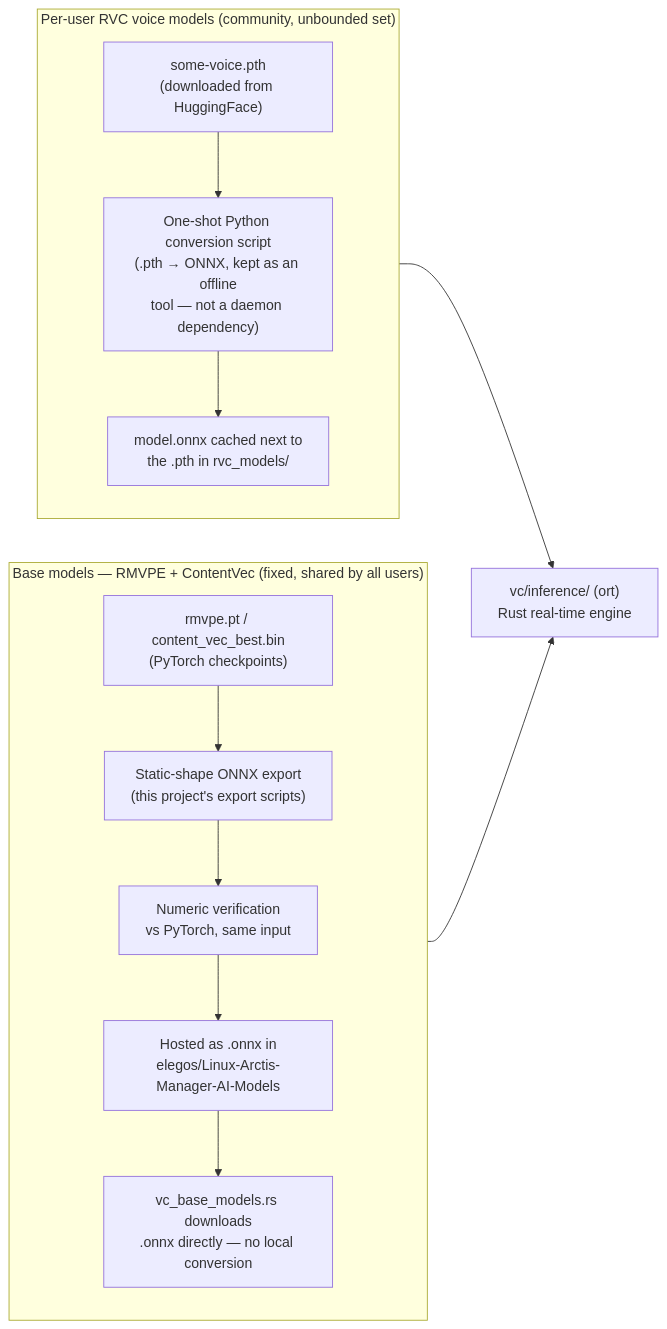
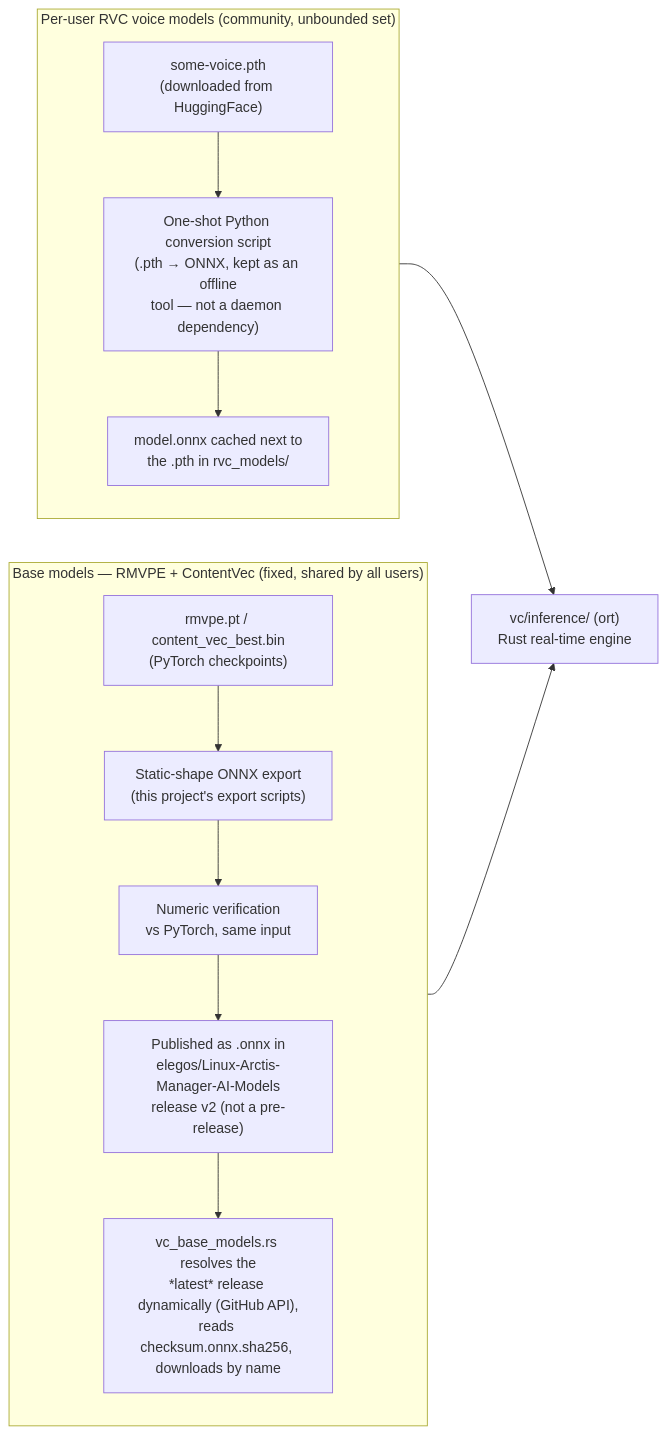
The third of 4 diagrams in docs/voice-changer-rvc-pipeline.md (elegos/Linux-Arctis-Manager), drawn with Mermaid before and after one commit. The commit also changed other lines of this file and 4 other files, not shown here.

Commit message:
Resolve base model downloads dynamically from the latest AI-Models GitHub release instead of a hardcoded version

````diff
--- a/docs/voice-changer-rvc-pipeline.md
+++ b/docs/voice-changer-rvc-pipeline.md
@@ -91,19 +91,19 @@
 ```mermaid
 flowchart LR
     subgraph base["Base models — RMVPE + ContentVec (fixed, shared by all users)"]
         direction TB
         B1["rmvpe.pt / content_vec_best.bin\n(PyTorch checkpoints)"] --> B2["Static-shape ONNX export\n(this project's export scripts)"]
         B2 --> B3["Numeric verification\nvs PyTorch, same input"]
-        B3 --> B4["Hosted as .onnx in\nelegos/Linux-Arctis-Manager-AI-Models"]
-        B4 --> B5["vc_base_models.rs downloads\n.onnx directly — no local conversion"]
+        B3 --> B4["Published as .onnx in\nelegos/Linux-Arctis-Manager-AI-Models\nrelease v2 (not a pre-release)"]
+        B4 --> B5["vc_base_models.rs resolves the\n*latest* release dynamically (GitHub API),\nreads checksum.onnx.sha256, downloads by name"]
     end
 
     subgraph peruser["Per-user RVC voice models (community, unbounded set)"]
         direction TB
         U1["some-voice.pth\n(downloaded from HuggingFace)"] --> U2["One-shot Python conversion script\n(.pth → ONNX, kept as an offline\ntool — not a daemon dependency)"]
         U2 --> U3["model.onnx cached next to\nthe .pth in rvc_models/"]
     end
 
     B5 --> ENGINE["vc/inference/ (ort)\nRust real-time engine"]
     U3 --> ENGINE
 ```
````
